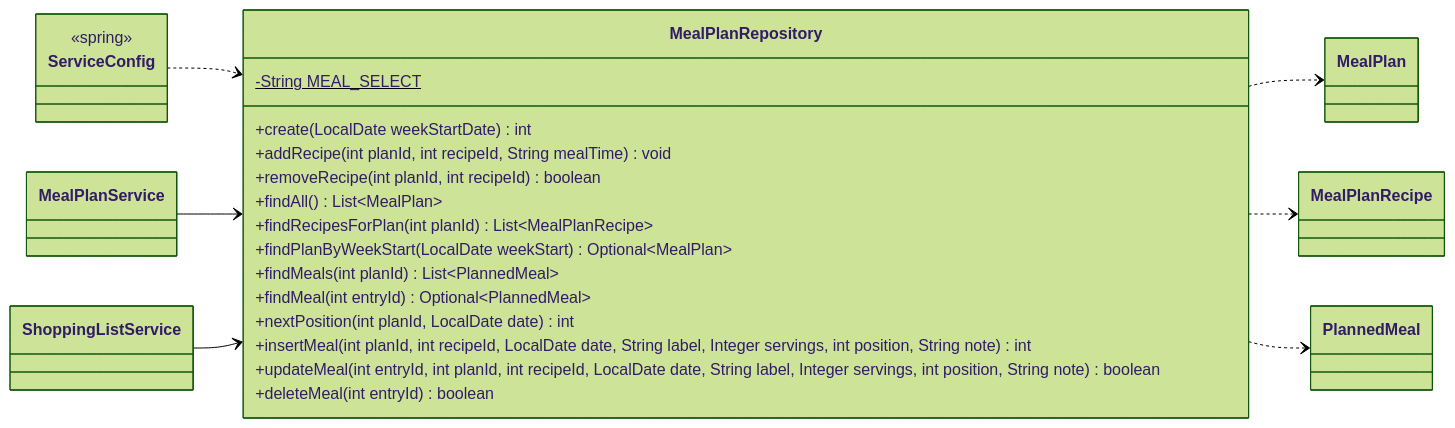
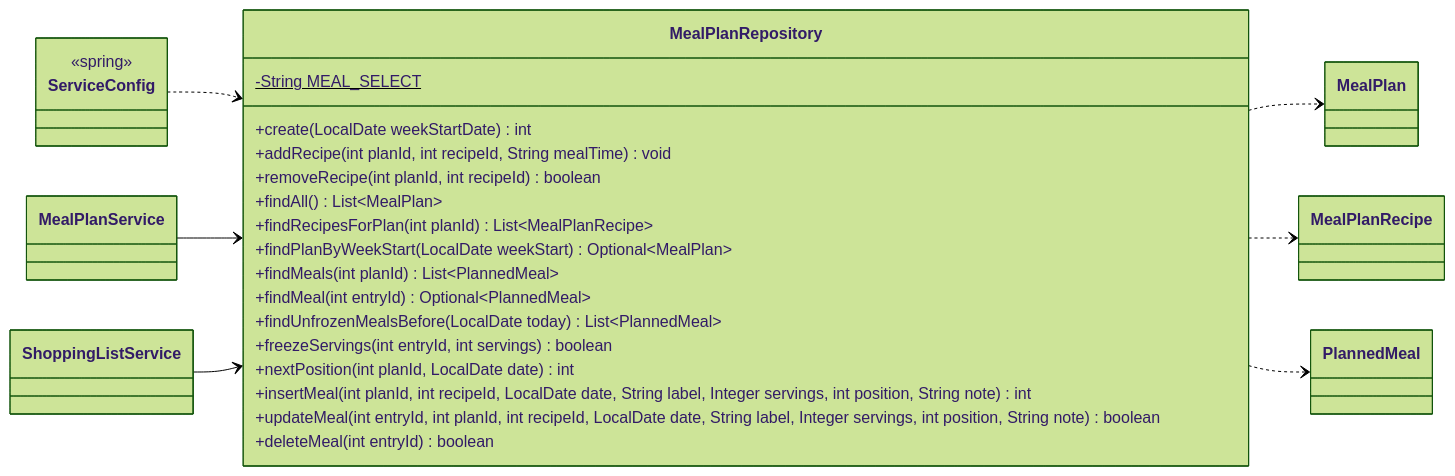
Before and after one commit to Nate-ryan-7690/dahaem: the fifth of 26 diagrams in docs/classes/mealplanner.md, drawn with Mermaid (forest theme). The commit also changed other lines of this file and 4 other files, not shown here.

````diff
--- a/docs/classes/mealplanner.md
+++ b/docs/classes/mealplanner.md
@@ -299,33 +301,35 @@
 ```mermaid
 classDiagram
     direction LR
     class mealplanner_MealPlanRepository["MealPlanRepository"] {
         +create(LocalDate weekStartDate) int
         +addRecipe(int planId, int recipeId, String mealTime) void
         +removeRecipe(int planId, int recipeId) boolean
         +findAll() List~MealPlan~
         +findRecipesForPlan(int planId) List~MealPlanRecipe~
         -String MEAL_SELECT$
         +findPlanByWeekStart(LocalDate weekStart) Optional~MealPlan~
         +findMeals(int planId) List~PlannedMeal~
         +findMeal(int entryId) Optional~PlannedMeal~
+        +findUnfrozenMealsBefore(LocalDate today) List~PlannedMeal~
+        +freezeServings(int entryId, int servings) boolean
         +nextPosition(int planId, LocalDate date) int
         +insertMeal(int planId, int recipeId, LocalDate date, String label, Integer servings, int position, String note) int
         +updateMeal(int entryId, int planId, int recipeId, LocalDate date, String label, Integer servings, int position, String note) boolean
         +deleteMeal(int entryId) boolean
     }
     class mealplanner_MealPlanService["MealPlanService"]
     class shopping_ShoppingListService["ShoppingListService"]
     class mealplanner_MealPlan["MealPlan"]
     class mealplanner_MealPlanRecipe["MealPlanRecipe"]
     class mealplanner_PlannedMeal["PlannedMeal"]
     class api_ServiceConfig["ServiceConfig"] {
         <<spring>>
     }
     mealplanner_MealPlanRepository ..> mealplanner_MealPlan
     mealplanner_MealPlanRepository ..> mealplanner_MealPlanRecipe
     mealplanner_MealPlanRepository ..> mealplanner_PlannedMeal
     api_ServiceConfig ..> mealplanner_MealPlanRepository
     mealplanner_MealPlanService --> mealplanner_MealPlanRepository
     shopping_ShoppingListService --> mealplanner_MealPlanRepository
 ```
````
